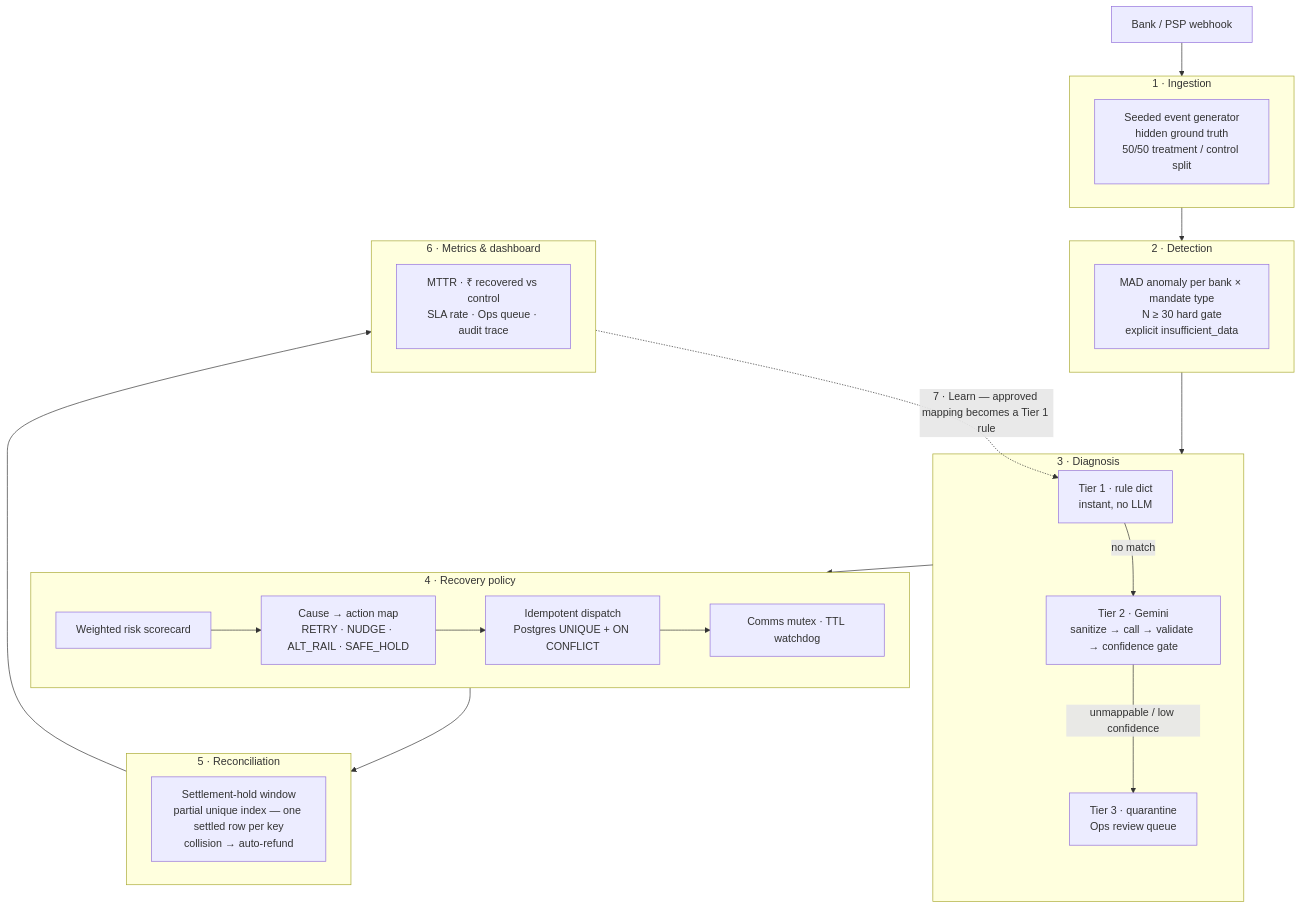
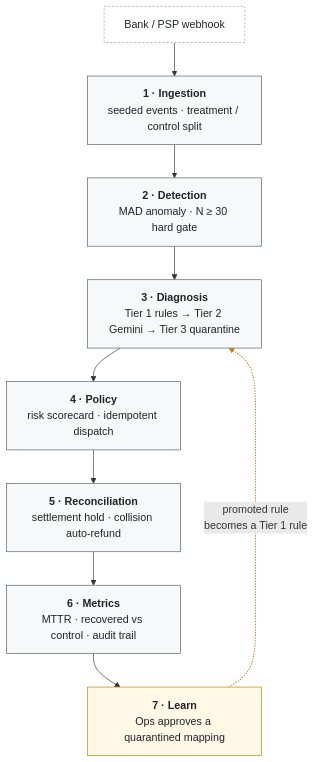
One commit to shraddha-1210/avirat changed the diagram in README.md. Above: the diagram before and after it, drawn with Mermaid. The commit also changed other lines of this file and 37 other files, not shown here.

Commit message:
chore: dashboard screenshots, frontend/ reorg, clean mermaid diagram

````diff
--- a/README.md
+++ b/README.md
@@ -82,39 +86,29 @@
 ```mermaid
 flowchart TD
-    W["Bank / PSP webhook"] --> L1
+    W["Bank / PSP webhook"]
+    L1["<b>1 · Ingestion</b><br/>seeded events · treatment / control split"]
+    L2["<b>2 · Detection</b><br/>MAD anomaly · N ≥ 30 hard gate"]
+    L3["<b>3 · Diagnosis</b><br/>Tier 1 rules → Tier 2 Gemini → Tier 3 quarantine"]
+    L4["<b>4 · Policy</b><br/>risk scorecard · idempotent dispatch"]
+    L5["<b>5 · Reconciliation</b><br/>settlement hold · collision auto-refund"]
+    L6["<b>6 · Metrics</b><br/>MTTR · recovered vs control · audit trail"]
+    L7["<b>7 · Learn</b><br/>Ops approves a quarantined mapping"]
 
-    subgraph L1["1 · Ingestion"]
-        A["Seeded event generator<br/>hidden ground truth<br/>50/50 treatment / control split"]
-    end
+    W --> L1
+    L1 --> L2
+    L2 --> L3
+    L3 --> L4
+    L4 --> L5
+    L5 --> L6
+    L6 --> L7
+    L7 -. "promoted rule<br/>becomes a Tier 1 rule" .-> L3
 
-    subgraph L2["2 · Detection"]
-        B["MAD anomaly per bank × mandate type<br/>N ≥ 30 hard gate<br/>explicit insufficient_data"]
-    end
+    classDef stage fill:#f6f8fa,stroke:#57606a,stroke-width:1px,color:#1f2328;
+    classDef edge_in fill:#fff,stroke:#8c959f,stroke-dasharray:3 3,color:#1f2328;
+    classDef learn fill:#fff8e6,stroke:#bf8700,stroke-width:1px,color:#1f2328;
+    class L1,L2,L3,L4,L5,L6 stage;
+    class W edge_in;
+    class L7 learn;
 
-    subgraph L3["3 · Diagnosis"]
-        C1["Tier 1 · rule dict<br/>instant, no LLM"]
-        C2["Tier 2 · Gemini<br/>sanitize → call → validate → confidence gate"]
-        C3["Tier 3 · quarantine<br/>Ops review queue"]
-        C1 -->|"no match"| C2
-        C2 -->|"unmappable / low confidence"| C3
-    end
-
-    subgraph L4["4 · Recovery policy"]
-        D1["Weighted risk scorecard"]
-        D2["Cause → action map<br/>RETRY · NUDGE · ALT_RAIL · SAFE_HOLD"]
-        D3["Idempotent dispatch<br/>Postgres UNIQUE + ON CONFLICT"]
-        D4["Comms mutex · TTL watchdog"]
-        D1 --> D2 --> D3 --> D4
-    end
-
-    subgraph L5["5 · Reconciliation"]
-        E["Settlement-hold window<br/>partial unique index — one settled row per key<br/>collision → auto-refund"]
-    end
-
-    subgraph L6["6 · Metrics & dashboard"]
-        F["MTTR · ₹ recovered vs control<br/>SLA rate · Ops queue · audit trace"]
-    end
-
-    L1 --> L2 --> L3 --> L4 --> L5 --> L6
-    L6 -.->|"7 · Learn — approved mapping becomes a Tier 1 rule"| C1
+    linkStyle 7 stroke:#bf8700,stroke-width:1.5px;
 ```
````
